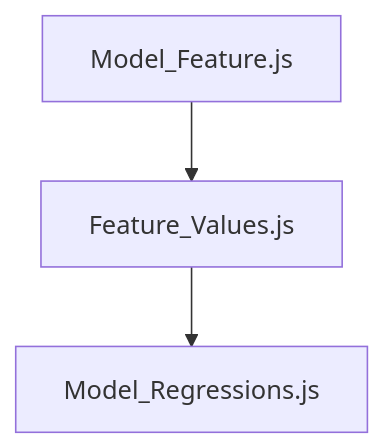
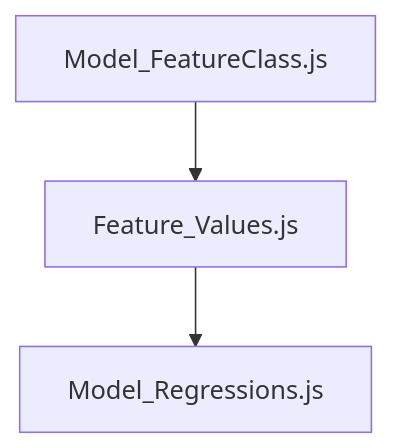
The diagram in README.md (afullhart/SantaRita), drawn with Mermaid before and after one commit.

````diff
--- a/README.md
+++ b/README.md
@@ -1,5 +1,5 @@
 ```mermaid
 graph TD;
-    A[Model_Feature.js] --> B[Feature_Values.js];
+    A[Model_FeatureClass.js] --> B[Feature_Values.js];
     B --> C[Model_Regressions.js];
 ```
````
